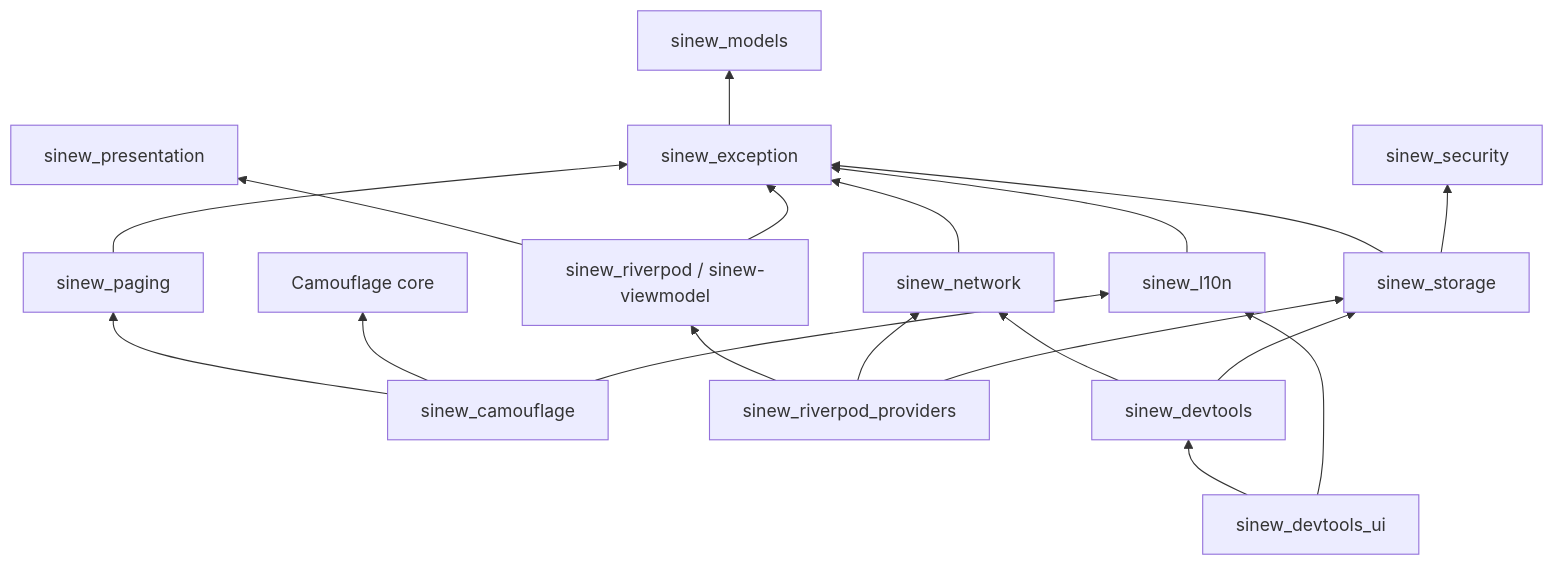
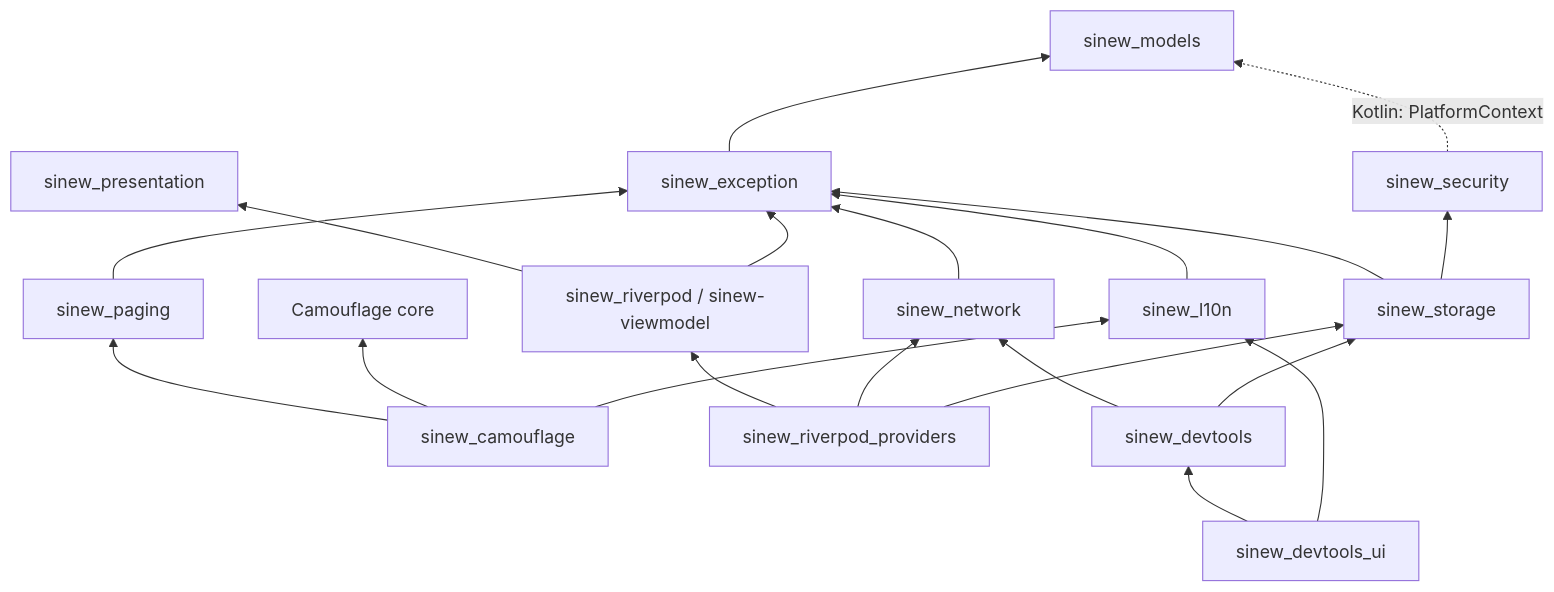
Before and after one commit to srctool/sinew: the second of 2 diagrams in docs/internal/development/guide/01-foundations/01-architecture.mdx, drawn with Mermaid. The commit also changed other lines of this file and 3 other files, not shown here.

````diff
--- a/docs/internal/development/guide/01-foundations/01-architecture.mdx
+++ b/docs/internal/development/guide/01-foundations/01-architecture.mdx
@@ -65,21 +65,22 @@
 ```mermaid
 flowchart BT
     EX[sinew_exception] --> M[sinew_models]
     PG[sinew_paging] --> EX
     NW[sinew_network] --> EX
     ST[sinew_storage] --> EX
     ST --> SC[sinew_security]
+    SC -.->|Kotlin: PlatformContext| M
     CG[sinew_camouflage] --> PG
     CG --> CAMO["Camouflage core"]
     CG --> L10
     AD["sinew_riverpod / sinew-viewmodel"] --> PR[sinew_presentation]
     AD --> EX
     RP[sinew_riverpod_providers] --> AD
     RP --> NW
     RP --> ST
     DT[sinew_devtools] --> NW
     DT --> ST
     DU[sinew_devtools_ui] --> DT
     DU --> L10
     L10[sinew_l10n] --> EX
 ```
````
